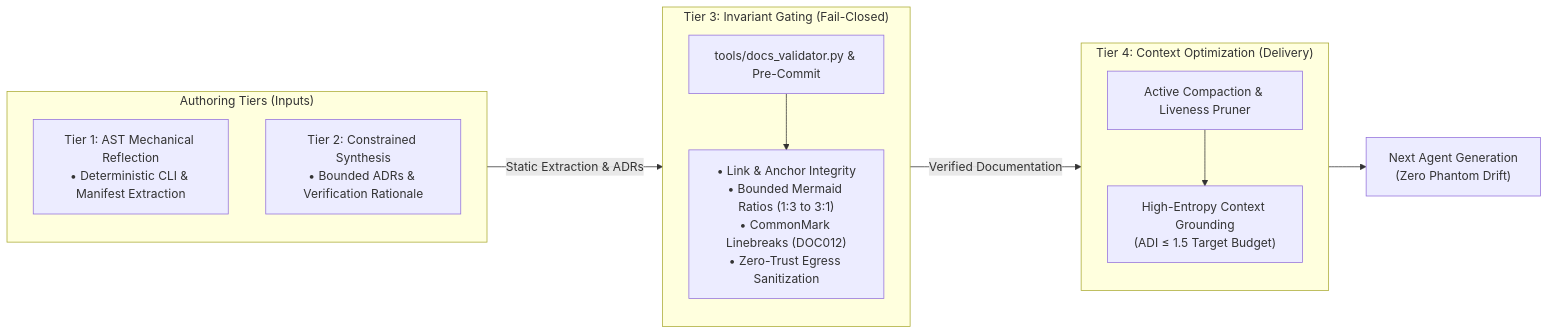
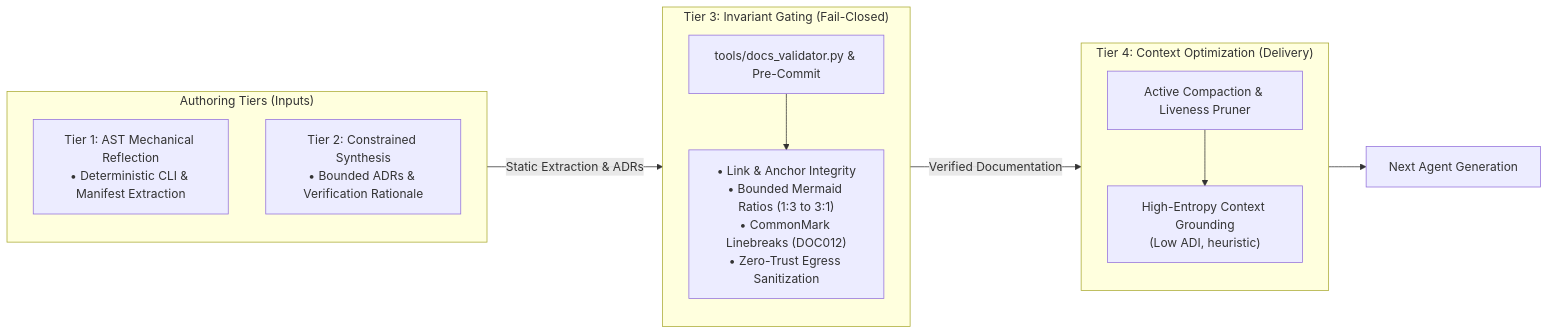
The diagram in patterns/multi-tier-living-documentation.md (dan-petty/vibes), drawn with Mermaid before and after one commit. The commit also changed other lines of this file and 248 other files, not shown here.

````diff
--- a/patterns/multi-tier-living-documentation.md
+++ b/patterns/multi-tier-living-documentation.md
@@ -29,26 +29,26 @@
 ```mermaid
 flowchart LR
     subgraph S1 ["Authoring Tiers (Inputs)"]
         direction TB
         T1["Tier 1: AST Mechanical Reflection<br/>• Deterministic CLI & Manifest Extraction"]
         T2["Tier 2: Constrained Synthesis<br/>• Bounded ADRs & Verification Rationale"]
     end
 
     subgraph S2 ["Tier 3: Invariant Gating (Fail-Closed)"]
         direction TB
         T3_Val["tools/docs_validator.py & Pre-Commit"]
         T3_Rules["• Link & Anchor Integrity<br/>• Bounded Mermaid Ratios (1:3 to 3:1)<br/>• CommonMark Linebreaks (DOC012)<br/>• Zero-Trust Egress Sanitization"]
         T3_Val --> T3_Rules
     end
 
     subgraph S3 ["Tier 4: Context Optimization (Delivery)"]
         direction TB
         T4_Comp["Active Compaction & Liveness Pruner"]
-        T4_Ctx["High-Entropy Context Grounding<br/>(ADI &le; 1.5 Target Budget)"]
+        T4_Ctx["High-Entropy Context Grounding<br/>(Low ADI, heuristic)"]
         T4_Comp --> T4_Ctx
     end
 
     S1 -->|"Static Extraction & ADRs"| S2
     S2 -->|"Verified Documentation"| S3
-    S3 --> AgentRuntime["Next Agent Generation<br/>(Zero Phantom Drift)"]
+    S3 --> AgentRuntime["Next Agent Generation"]
 ```
````
